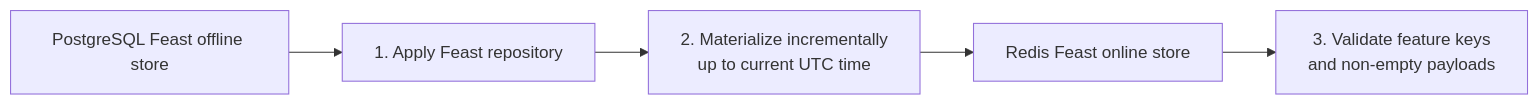
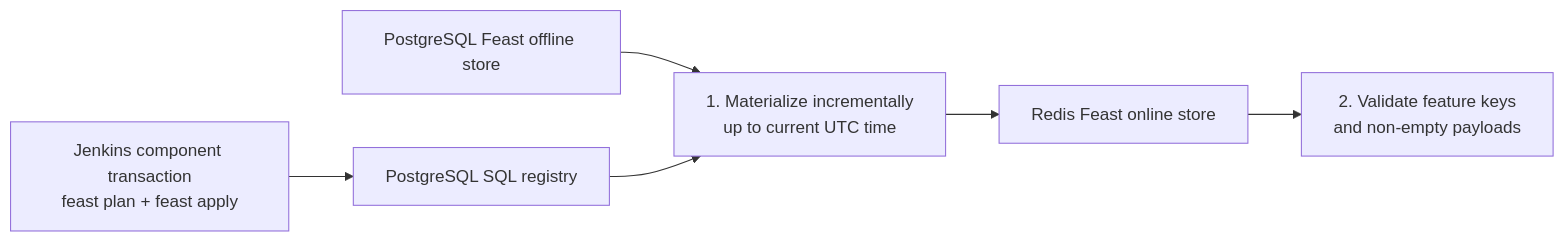
Before and after one commit to itsmekhoathekid/RecSys-MLops: the diagram in docs/submission/rubic-final-coursework-(final-ml)/feature_store.md, drawn with Mermaid. The commit also changed other lines of this file and 25 other files, not shown here.

Commit message:
feat(cicd): transact Feast SQL registry deployment

````diff
--- a/docs/submission/rubic-final-coursework-(final-ml)/feature_store.md
+++ b/docs/submission/rubic-final-coursework-(final-ml)/feature_store.md
@@ -25,7 +26,8 @@
 ```mermaid
 flowchart LR
-    P["PostgreSQL Feast offline store"] --> A["1. Apply Feast repository"]
-    A --> M["2. Materialize incrementally<br/>up to current UTC time"]
+    C["Jenkins component transaction<br/>feast plan + feast apply"] --> S["PostgreSQL SQL registry"]
+    P["PostgreSQL Feast offline store"] --> M["1. Materialize incrementally<br/>up to current UTC time"]
+    S --> M
     M --> R["Redis Feast online store"]
-    R --> V["3. Validate feature keys<br/>and non-empty payloads"]
+    R --> V["2. Validate feature keys<br/>and non-empty payloads"]
 ```
````
